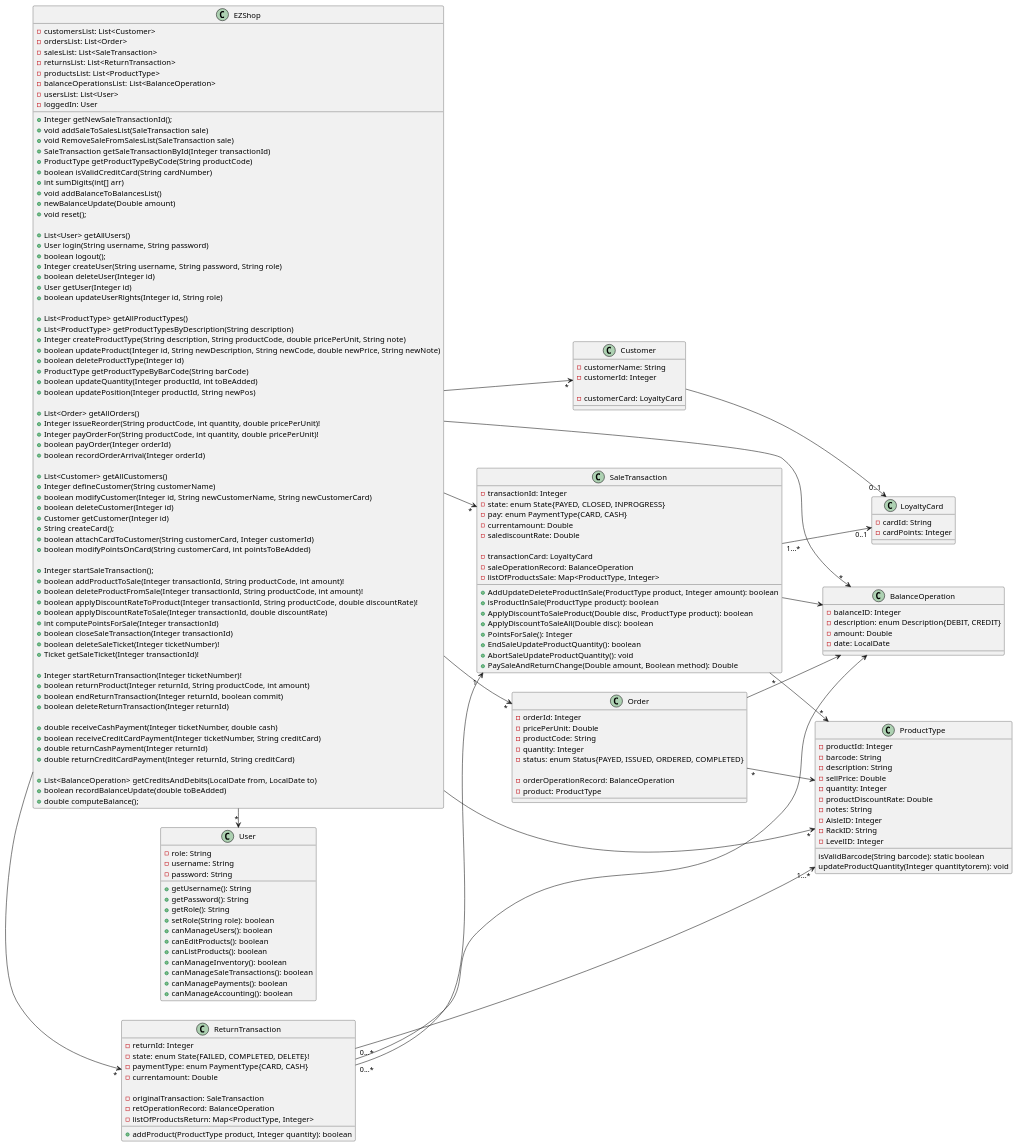
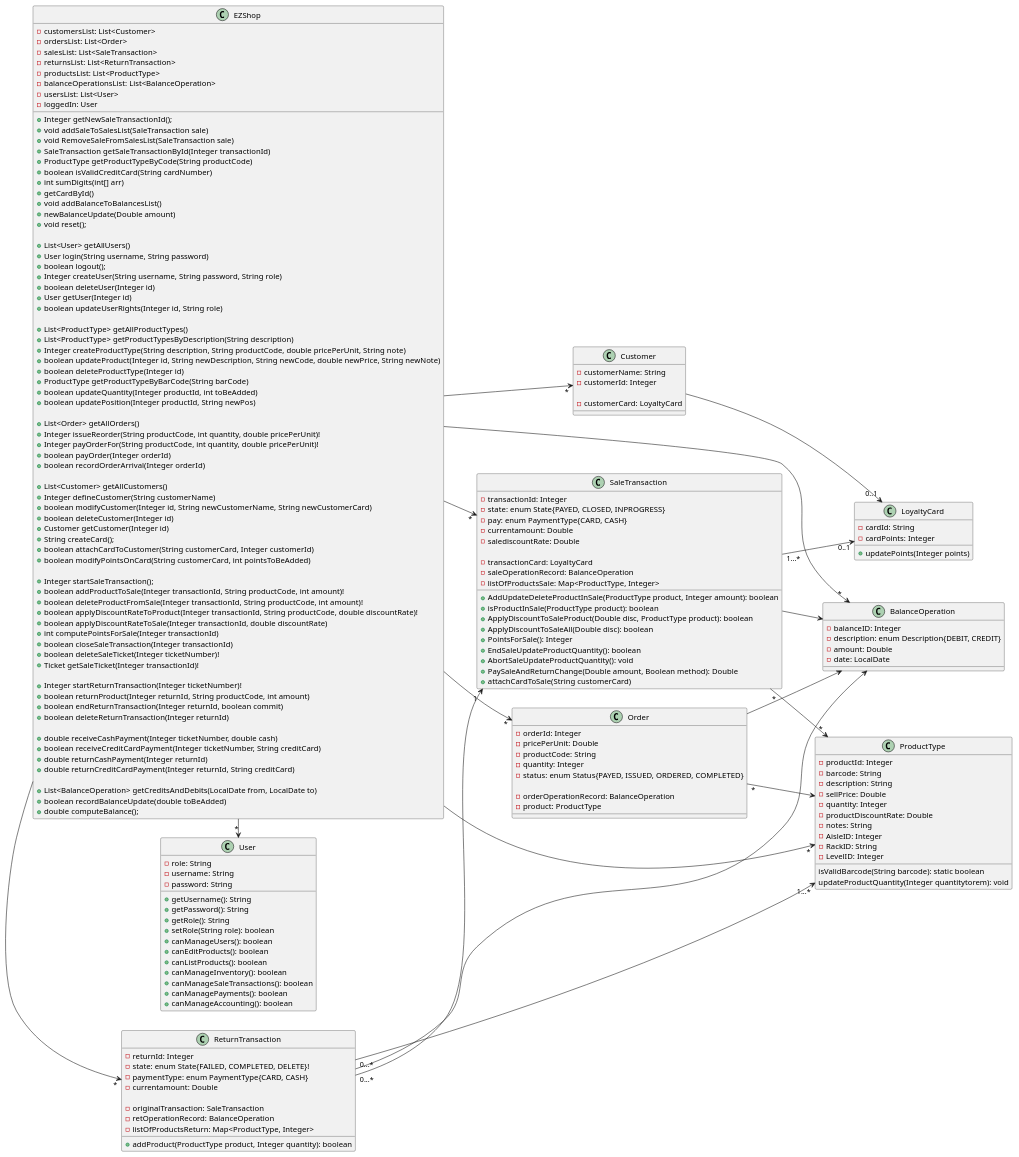
One commit to gioele-scaletta/EZShop-Software-Engineering-Project changed the first of 15 diagrams in Deliverables/DesignDocument.md. Above: the diagram before and after it, drawn with PlantUML. The commit also changed other lines of this file and 3 other files, not shown here.

```diff
--- a/Deliverables/DesignDocument.md
+++ b/Deliverables/DesignDocument.md
@@ -60,6 +60,7 @@
     +ProductType getProductTypeByCode(String productCode)
     +boolean isValidCreditCard(String cardNumber)
     +int sumDigits(int[] arr)
+    +getCardById()
     +void addBalanceToBalancesList()
     +newBalanceUpdate(Double amount)
 
@@ -200,6 +201,8 @@
     +EndSaleUpdateProductQuantity(): boolean
     +AbortSaleUpdateProductQuantity(): void
     +PaySaleAndReturnChange(Double amount, Boolean method): Double
+    +attachCardToSale(String customerCard)
+
 }
 
 
@@ -220,6 +223,8 @@
 class LoyaltyCard{
     -cardId: String
     -cardPoints: Integer
+
+    +updatePoints(Integer points)
 }
 
 
```
